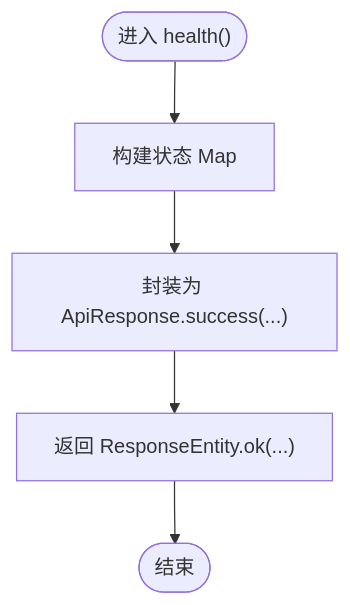
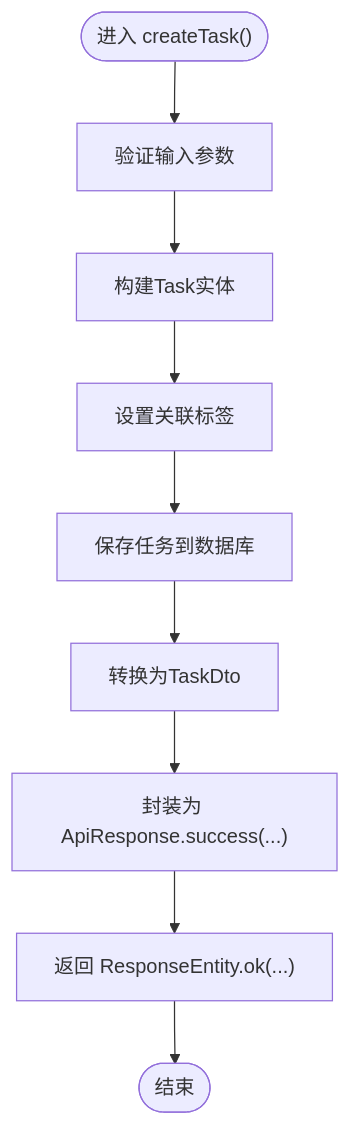
The fifth of 6 diagrams in .qoder/repowiki/zh/content/后端架构/数据传输对象.md (zhou9832/test1-qoder), drawn with Mermaid before and after one commit. The commit also changed other lines of this file and 92 other files, not shown here.

````diff
--- a/.qoder/repowiki/zh/content/后端架构/数据传输对象.md
+++ b/.qoder/repowiki/zh/content/后端架构/数据传输对象.md
@@ -132,7 +284,11 @@
 ```mermaid
 flowchart TD
-Start(["进入 health()"]) --> BuildStatus["构建状态 Map"]
-BuildStatus --> WrapResp["封装为 ApiResponse.success(...)"]
+Start(["进入 createTask()"]) --> ValidateInput["验证输入参数"]
+ValidateInput --> BuildTask["构建Task实体"]
+BuildTask --> SetTags["设置关联标签"]
+SetTags --> SaveTask["保存任务到数据库"]
+SaveTask --> ConvertToDto["转换为TaskDto"]
+ConvertToDto --> WrapResp["封装为 ApiResponse.success(...)"]
 WrapResp --> ReturnResp["返回 ResponseEntity.ok(...)"]
 ReturnResp --> End(["结束"])
 ```
````
